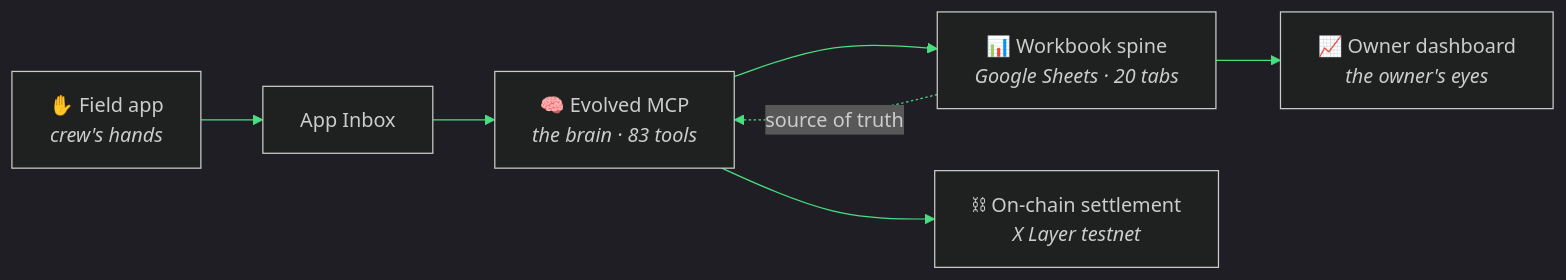
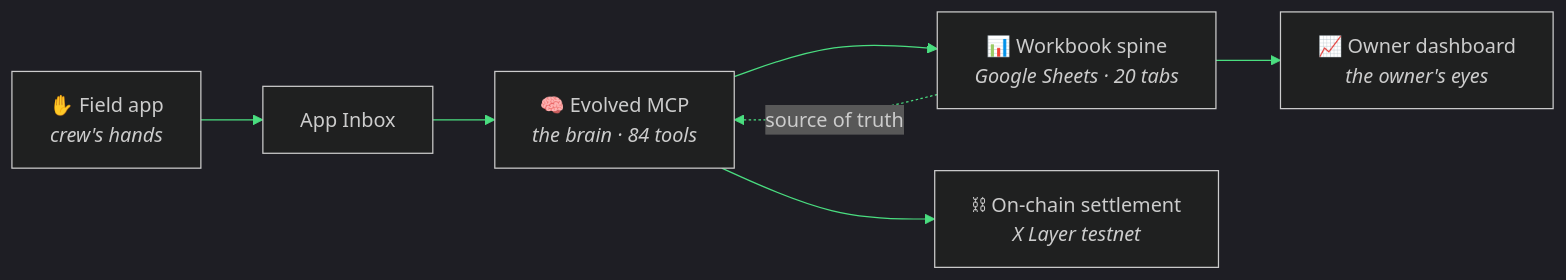
One commit to kr8tiv-ai/evolved changed the first of 2 diagrams in README.md. Above: the diagram before and after it, drawn with Mermaid. The commit also changed other lines of this file and 24 other files, not shown here.

````diff
--- a/README.md
+++ b/README.md
@@ -87,10 +87,10 @@
 ```mermaid
 %%{init: {"theme": "dark", "themeVariables": {"primaryColor": "#101010", "primaryBorderColor": "#4ade80", "primaryTextColor": "#f3f4f6", "lineColor": "#4ade80", "fontFamily": "Segoe UI"}}}%%
 flowchart LR
     FA["✋ Field app<br><i>crew's hands</i>"] --> INBOX["App Inbox"]
-    INBOX --> MCP["🧠 Evolved MCP<br><i>the brain · 83 tools</i>"]
+    INBOX --> MCP["🧠 Evolved MCP<br><i>the brain · 84 tools</i>"]
     MCP --> WB["📊 Workbook spine<br><i>Google Sheets · 20 tabs</i>"]
     MCP --> CHAIN["⛓ On-chain settlement<br><i>X Layer testnet</i>"]
     WB -.->|source of truth| MCP
     WB --> DASH["📈 Owner dashboard<br><i>the owner's eyes</i>"]
 ```
````
